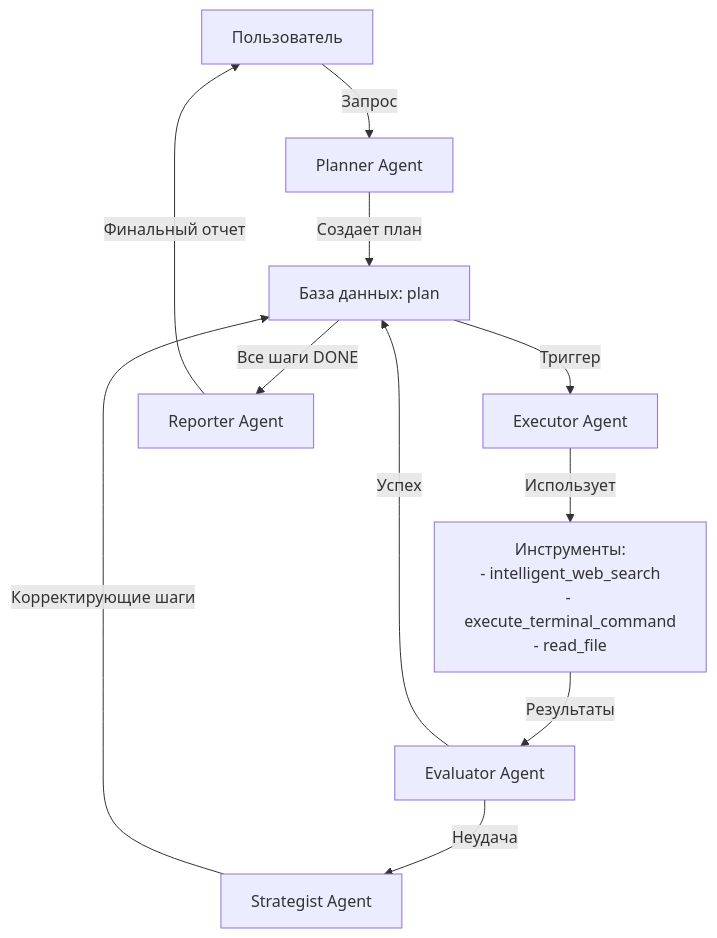
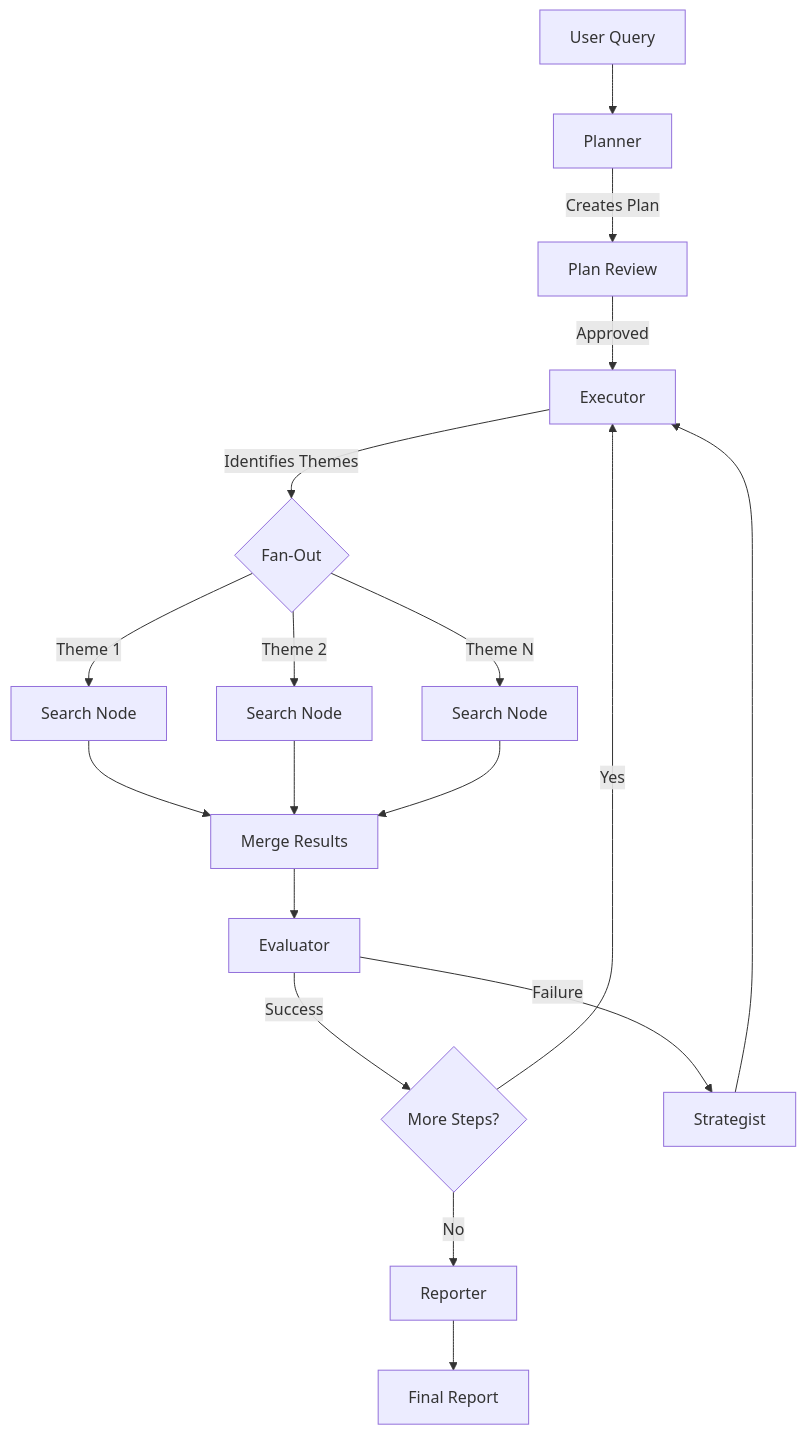
One commit to xCthulhuFtagn/damn-so-deep-research changed the diagram in README.md. Above: the diagram before and after it, drawn with Mermaid. The commit also changed other lines of this file and 104 other files, not shown here.

````diff
--- a/README.md
+++ b/README.md
@@ -150,13 +175,20 @@
 ```mermaid
 graph TD
-    User["Пользователь"] -->|Запрос| Planner["Planner Agent"]
-    Planner -->|Создает план| PlanDB["База данных: plan"]
-    PlanDB -->|Триггер| Executor["Executor Agent"]
-    Executor -->|Использует| Tools["Инструменты:<br/>- intelligent_web_search<br/>- execute_terminal_command<br/>- read_file"]
-    Tools -->|Результаты| Evaluator["Evaluator Agent"]
-    Evaluator -->|Успех| PlanDB
-    Evaluator -->|Неудача| Strategist["Strategist Agent"]
-    Strategist -->|Корректирующие шаги| PlanDB
-    PlanDB -->|Все шаги DONE| Reporter["Reporter Agent"]
-    Reporter -->|Финальный отчет| User
+    Start[User Query] --> Planner
+    Planner -->|Creates Plan| Interrupt1[Plan Review]
+    Interrupt1 -->|Approved| Executor
+    Executor -->|Identifies Themes| FanOut{Fan-Out}
+    FanOut -->|Theme 1| Search1[Search Node]
+    FanOut -->|Theme 2| Search2[Search Node]
+    FanOut -->|Theme N| SearchN[Search Node]
+    Search1 --> Merge[Merge Results]
+    Search2 --> Merge
+    SearchN --> Merge
+    Merge --> Evaluator
+    Evaluator -->|Success| NextStep{More Steps?}
+    Evaluator -->|Failure| Strategist
+    Strategist --> Executor
+    NextStep -->|Yes| Executor
+    NextStep -->|No| Reporter
+    Reporter --> End[Final Report]
 ```
````
